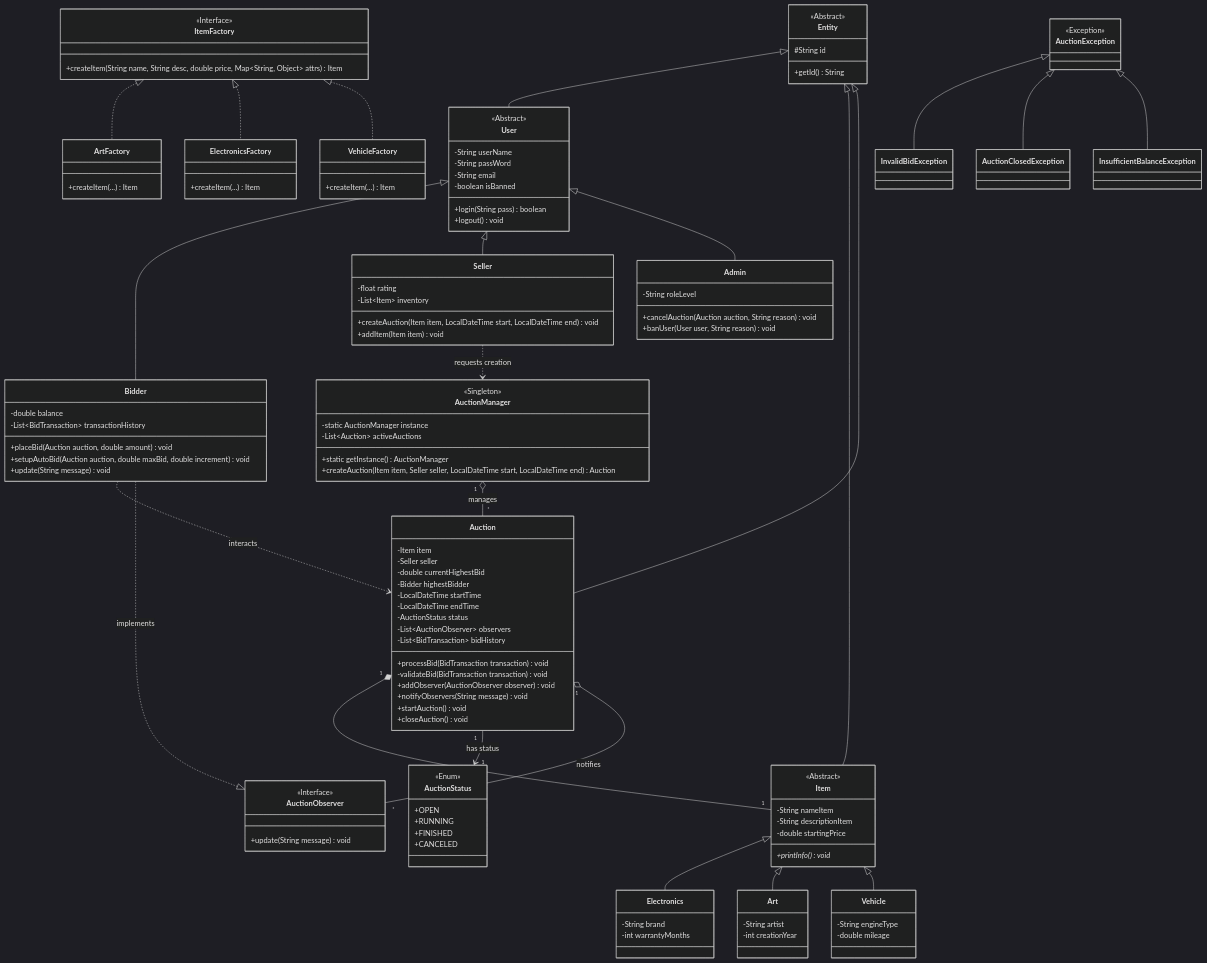
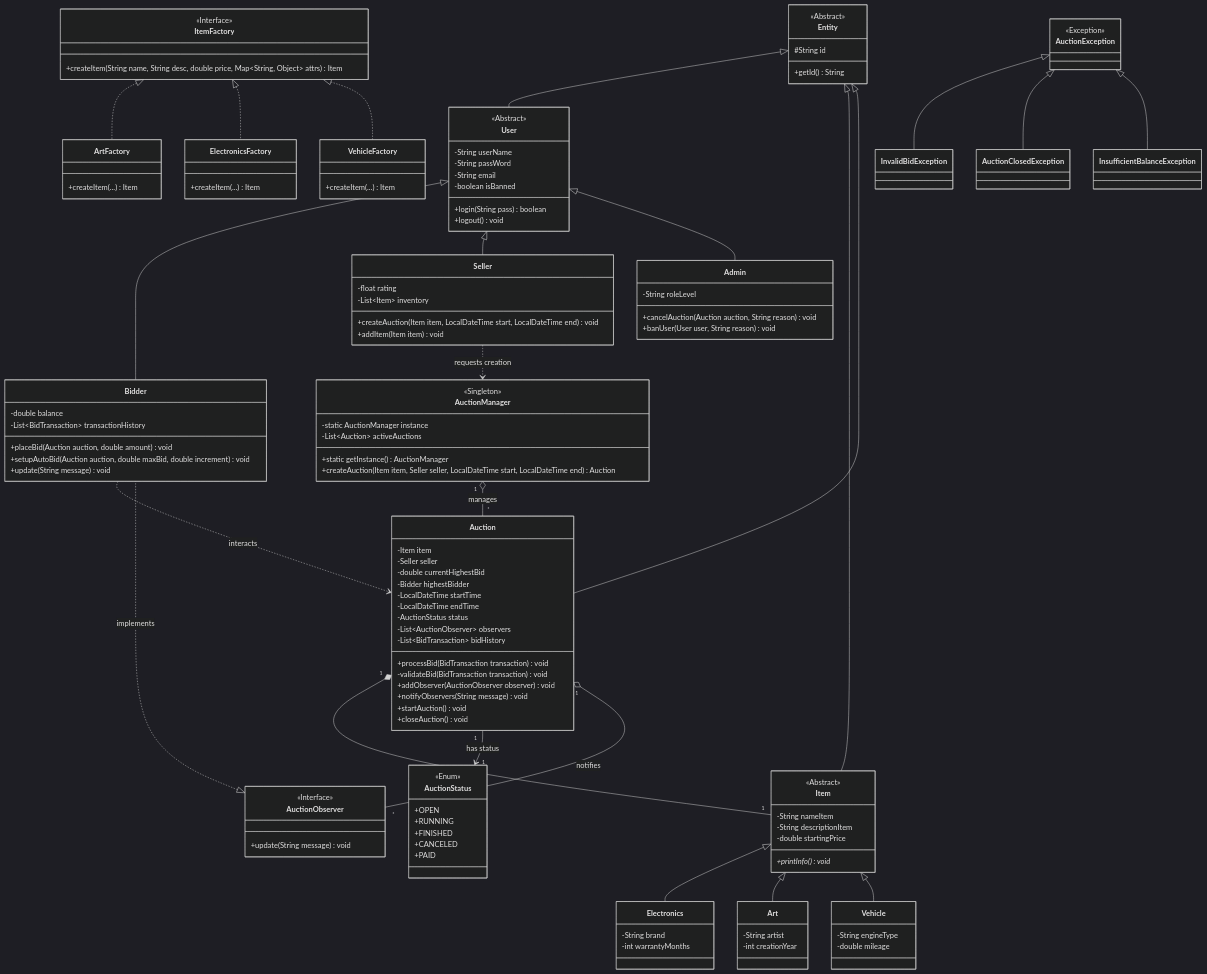
The diagram in README.md (kaiki0201a/Online-Auction-System-Project), drawn with Mermaid (dark theme) before and after one commit.

```diff
--- a/README.md
+++ b/README.md
@@ -110,6 +110,7 @@
        +RUNNING
        +FINISHED
        +CANCELED
+       +PAID
     }
 
     %% Exceptions
```
